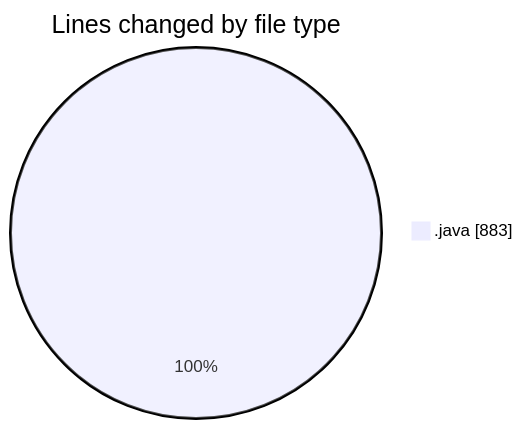
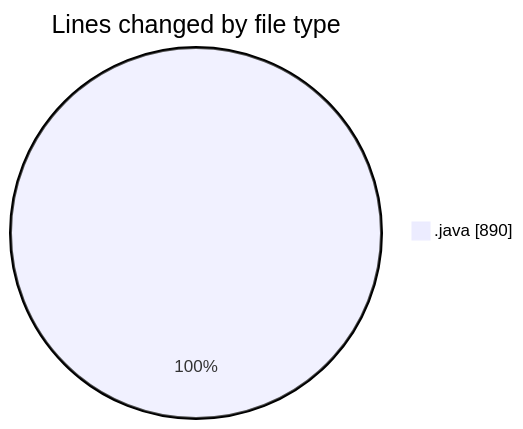
Before and after one commit to Elitesun/code-tracking: the first of 2 diagrams in 2025-02-21/projet/README.md, drawn with Mermaid. The commit also changed other lines of this file and 1 other file, not shown here.

````diff
--- a/2025-02-21/projet/README.md
+++ b/2025-02-21/projet/README.md
@@ -26,5 +26,5 @@
 ```mermaid
 pie showData
 title Lines changed by file type
-".java" : 883
+".java" : 890
 ```
````
